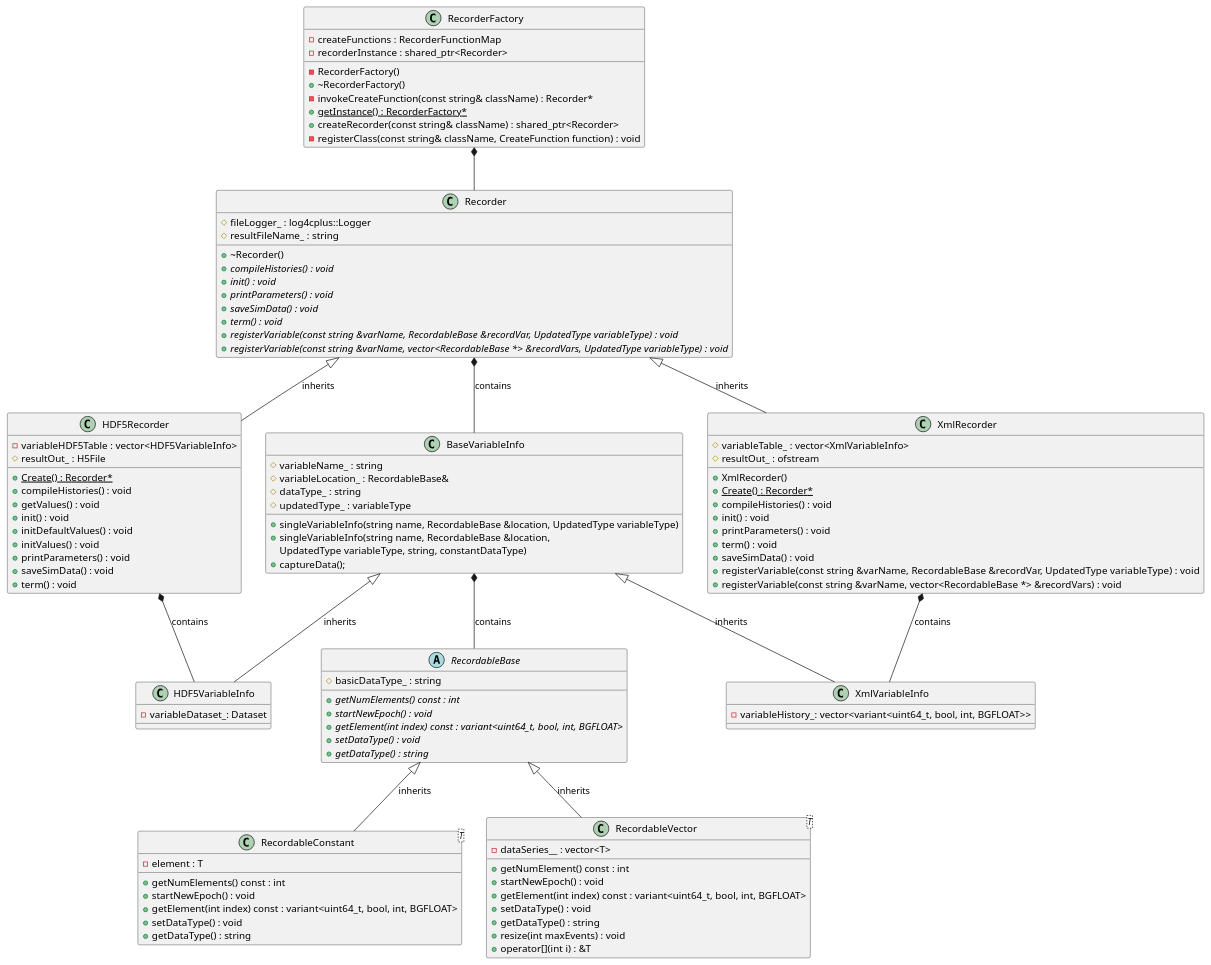
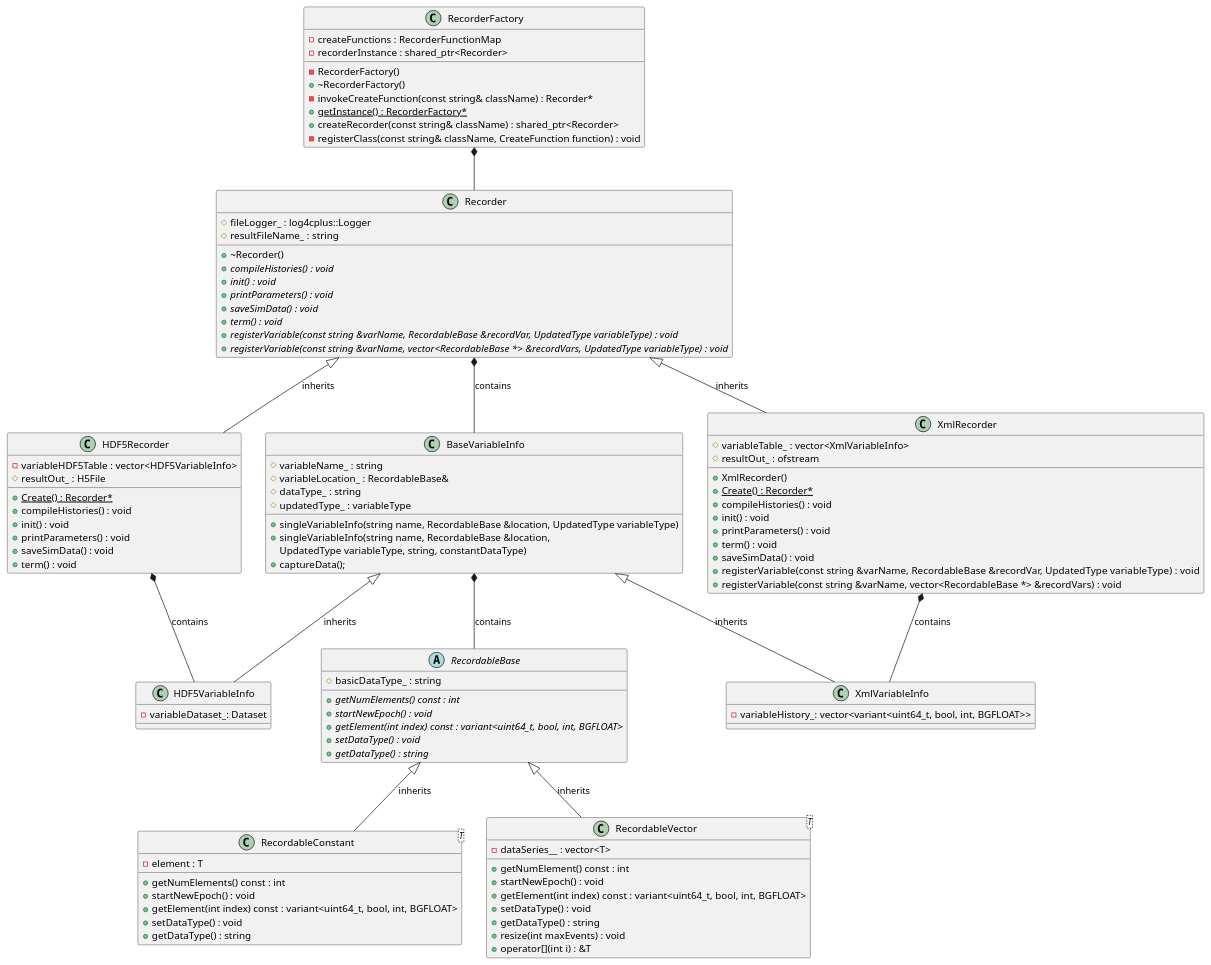
One commit to UWB-Biocomputing/Graphitti changed the diagram in docs/Developer/ClassDiagrams/updatedRecorder.puml. Above: the diagram before and after it, drawn with PlantUML. The commit also changed 13 other files, not shown here.

```diff
--- a/docs/Developer/ClassDiagrams/updatedRecorder.puml
+++ b/docs/Developer/ClassDiagrams/updatedRecorder.puml
@@ -1,136 +1,133 @@
 @startuml Agile Recorder Class Diagram Design
 
 class RecorderFactory {
 	-RecorderFactory()
 	+~RecorderFactory()
 	-invokeCreateFunction(const string& className) : Recorder*
 	+{static} getInstance() : RecorderFactory*
 	-createFunctions : RecorderFunctionMap
 	+createRecorder(const string& className) : shared_ptr<Recorder>
 	-recorderInstance : shared_ptr<Recorder>
 	-registerClass(const string& className, CreateFunction function) : void
 }
 
 class Recorder {
 	+~Recorder()
 	#fileLogger_ : log4cplus::Logger
 	#resultFileName_ : string
 	+{abstract} compileHistories() : void
 	+{abstract} init() : void
 	+{abstract} printParameters() : void
 	+{abstract} saveSimData() : void
 	+{abstract} term() : void
 	+{abstract}registerVariable(const string &varName, RecordableBase &recordVar, UpdatedType variableType) : void
 	+{abstract}registerVariable(const string &varName, vector<RecordableBase *> &recordVars, UpdatedType variableType) : void
 }
 
 class HDF5Recorder {
 	-variableHDF5Table : vector<HDF5VariableInfo>
 	#resultOut_ : H5File
 	+{static} Create() : Recorder*
 	+compileHistories() : void
-	+getValues() : void
 	+init() : void
-	+initDefaultValues() : void
-	+initValues() : void
 	+printParameters() : void
 	+saveSimData() : void
 	+term() : void
 	/'add more'/
 }
 
 class XmlRecorder {
 	#variableTable_ : vector<XmlVariableInfo>
 	+XmlRecorder()
 	#resultOut_ : ofstream
 	+{static} Create() : Recorder*
 	+compileHistories() : void
 	+init() : void
 	+printParameters() : void
 	+term() : void
 	+saveSimData() : void
 	+registerVariable(const string &varName, RecordableBase &recordVar,  UpdatedType variableType) : void
 	+registerVariable(const string &varName, vector<RecordableBase *> &recordVars) : void
 	
 	/' methods only used for unit test 
 	+XmlRecorder(string fileName_)
 	+getVariableName(int numIndex) const : const string&
 	+getSingleVariable(int numIndex) const : &RecordableBase
 	+getHistory() const : const &vector<variant<uint64_t, bool, int, BGFLOAT>>
 	'/
 }
 
 class BaseVariableInfo {
 	#variableName_ : string
 	#variableLocation_ : RecordableBase&
 	#dataType_ : string
 	#updatedType_ : variableType
 	+singleVariableInfo(string name, RecordableBase &location, UpdatedType variableType)
 	+singleVariableInfo(string name, RecordableBase &location, 
 			UpdatedType variableType, string, constantDataType)
 	+captureData();
 }
 
 class XmlVariableInfo {
 	-variableHistory_: vector<variant<uint64_t, bool, int, BGFLOAT>>
 }
 
 class HDF5VariableInfo {
 	-variableDataset_: Dataset
 	/'add more methods'/
 }
 
 abstract class RecordableBase {
 	#basicDataType_ : string
 	+{abstract} getNumElements() const : int
 	+{abstract} startNewEpoch() : void
 	+{abstract} getElement(int index) const : variant<uint64_t, bool, int, BGFLOAT>
 	+{abstract} setDataType() : void
 	+{abstract} getDataType() : string
 }
 
 class RecordableConstant<T>{
 	-element : T
 	+getNumElements() const : int
 	+startNewEpoch() : void
 	+getElement(int index) const : variant<uint64_t, bool, int, BGFLOAT>
 	+setDataType() : void
 	+getDataType() : string
 	/'add more method if needed'/
 }
 
 
 class RecordableVector<T>{
 	-dataSeries__ : vector<T>
 	+getNumElement() const : int
 	+startNewEpoch() : void
 	+getElement(int index) const : variant<uint64_t, bool, int, BGFLOAT>
 	+setDataType() : void
 	+getDataType() : string
 	/'vector methods'/
 	+resize(int maxEvents) : void
 	+operator[](int i) : &T
 }
 
 
 /' relationships '/
 
 .RecorderFactory *-- .Recorder
 
 Recorder <|-- XmlRecorder : inherits
 Recorder <|-- HDF5Recorder : inherits
 
 Recorder *-- BaseVariableInfo : contains
 
 BaseVariableInfo <|-- XmlVariableInfo : inherits
 BaseVariableInfo <|-- HDF5VariableInfo : inherits
 
 XmlRecorder *-- XmlVariableInfo : contains
 HDF5Recorder *-- HDF5VariableInfo : contains
 
 BaseVariableInfo *-- RecordableBase : contains
 
 RecordableBase <|-- RecordableConstant : inherits
 RecordableBase <|-- RecordableVector : inherits
 
 @enduml 
```
